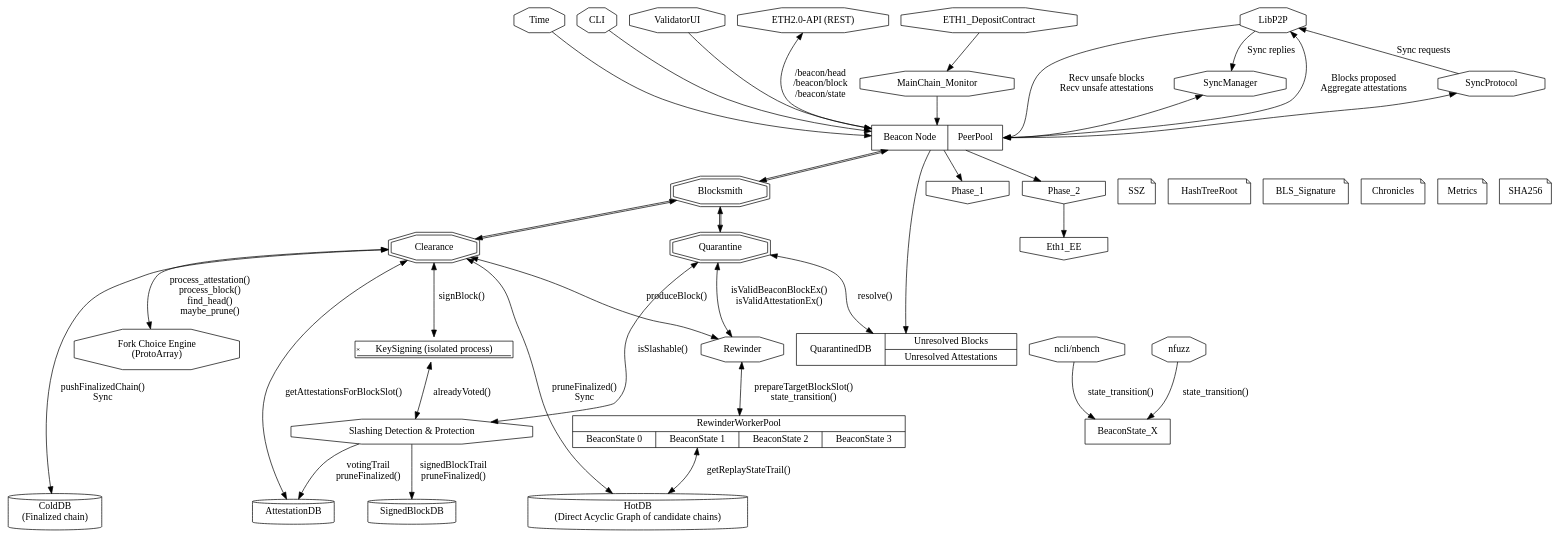
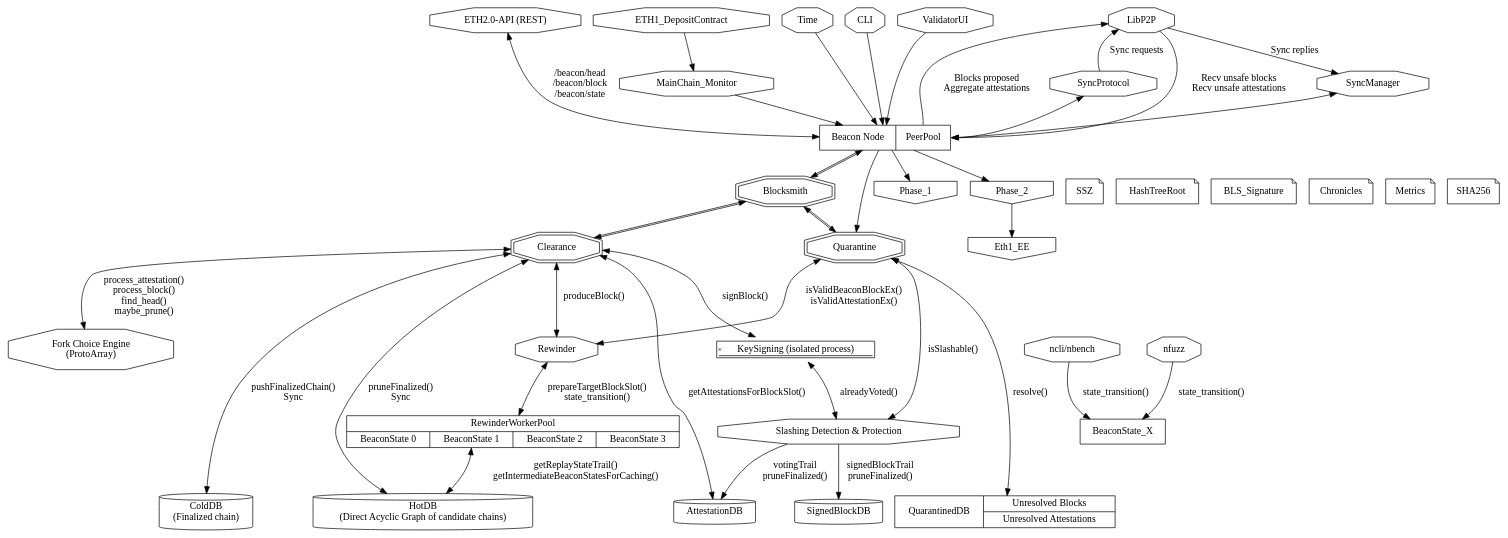
The diagram in architecture_phase0.dot (mratsim/blocksmith), drawn with Graphviz before and after one commit. The commit also changed 4 other files, not shown here.

Commit message:
Add the Quarantine service architecture

```diff
--- a/architecture_phase0.dot
+++ b/architecture_phase0.dot
@@ -1,83 +1,83 @@
 digraph architecture{
   node [shape = signature]; KeySigning [label="KeySigning (isolated process)"];
   node [shape = octagon]; SyncManager SyncProtocol MainChain_Monitor Time CLI ValidatorUI Slashing LibP2P ETH2_API ncli nfuzz Rewinder ForkChoice;
   ETH2_API [label="ETH2.0-API (REST)"];
   Slashing [label="Slashing Detection & Protection"];
   ForkChoice [label="Fork Choice Engine\n(ProtoArray)"];
   {rank = source; ETH1_DepositContract LibP2P ETH2_API CLI Time ValidatorUI;}
 
   node [shape = record] BeaconNode;
   BeaconNode [label="<nbc>Beacon Node | <PeerPool>PeerPool"]
 
   ncli [label="ncli/nbench"];
   {rank = same; ncli; nfuzz;}
 
   node [shape = doubleoctagon]; Blocksmith Quarantine Clearance;
   node [shape = invhouse]; Phase_1 Phase_2 Eth1_EE;
   node [shape = note] SSZ HashTreeRoot BLS_Signature Chronicles Metrics SHA256
   {rank = same; Blocksmith Phase_1 Phase_2 SSZ HashTreeRoot BLS_Signature Chronicles Metrics SHA256;}
 
   BeaconNode -> Phase_1
   BeaconNode -> Phase_2
   Phase_2 -> Eth1_EE
 
   node [shape = record]; QuarantinedDB;
   QuarantinedDB [label="QuarantinedDB | {Unresolved Blocks | Unresolved Attestations}"];
 
   node [shape = record]; RewinderWorkerPool;
   node [shape = box]; BeaconState_X;
 
   RewinderWorkerPool [label="{RewinderWorkerPool | {<bs0>BeaconState 0|<bs1>BeaconState 1|<bs2>BeaconState 2|<bs3>BeaconState 3}}"];
   {rank = same; RewinderWorkerPool BeaconState_X;}
 
   node [shape = cylinder]; AttestationDB HotDB ColdDB;
-  {rank = sink; AttestationDB SignedBlockDB HotDB ColdDB;}
+  {rank = sink; AttestationDB SignedBlockDB HotDB ColdDB QuarantinedDB;}
   HotDB [label="HotDB\n(Direct Acyclic Graph of candidate chains)"]
   ColdDB [label="ColdDB\n(Finalized chain)"]
 
   {rank = same; MainChain_Monitor SyncManager SyncProtocol;}
   ETH1_DepositContract -> MainChain_Monitor
   MainChain_Monitor -> BeaconNode
 
   SyncManager -> BeaconNode:PeerPool [dir=both]
   SyncProtocol -> BeaconNode:PeerPool [dir=both]
 
   CLI -> BeaconNode
   ValidatorUI -> BeaconNode
   Time -> BeaconNode
   BeaconNode -> Blocksmith [dir=both color="black:black"]
-  BeaconNode -> QuarantinedDB
+  BeaconNode -> Quarantine
   Blocksmith -> Quarantine [dir=both color="black:black"]
   Blocksmith -> Clearance [dir=both color="black:black"]
   Quarantine -> QuarantinedDB [dir=both label="resolve()"]
 
   ncli -> BeaconState_X [label="state_transition()"]
   nfuzz -> BeaconState_X [label="state_transition()"]
 
   SyncProtocol -> LibP2P [label="Sync requests"]
   LibP2P -> SyncManager [label="Sync replies"]
 
   LibP2P -> BeaconNode:PeerPool [label="Recv unsafe blocks\nRecv unsafe attestations"]
   BeaconNode:PeerPool -> LibP2P [label="Blocks proposed\nAggregate attestations"]
   ETH2_API -> BeaconNode [dir="both", label="/beacon/head\n/beacon/block\n/beacon/state"]
 
   Clearance -> ForkChoice [dir="both", label="process_attestation()\nprocess_block()\nfind_head()\nmaybe_prune()"]
 
   Quarantine -> Slashing [dir="both", label="isSlashable()"]
   Clearance -> KeySigning [dir="both", label="signBlock()"]
   KeySigning -> Slashing [dir="both", label="alreadyVoted()"]
   Slashing -> AttestationDB [label="votingTrail\npruneFinalized()"]
   Slashing -> SignedBlockDB [label="signedBlockTrail\npruneFinalized()"]
   Clearance -> AttestationDB [dir="both", label="getAttestationsForBlockSlot()"]
 
   Clearance -> HotDB [dir="both", label="pruneFinalized()\nSync"]
 
   Rewinder -> RewinderWorkerPool [dir="both", label="prepareTargetBlockSlot()\nstate_transition()"]
-  RewinderWorkerPool:bs1 -> HotDB [dir="both", label="getReplayStateTrail()"]
+  RewinderWorkerPool:bs1 -> HotDB [dir="both", label="getReplayStateTrail()\ngetIntermediateBeaconStatesForCaching()"]
 
   Quarantine -> Rewinder [dir="both", label="isValidBeaconBlockEx()\nisValidAttestationEx()"]
   Clearance -> Rewinder [dir="both", label="produceBlock()"]
 
 
   Clearance -> ColdDB [dir="both", label="pushFinalizedChain()\nSync"]
 }
```
